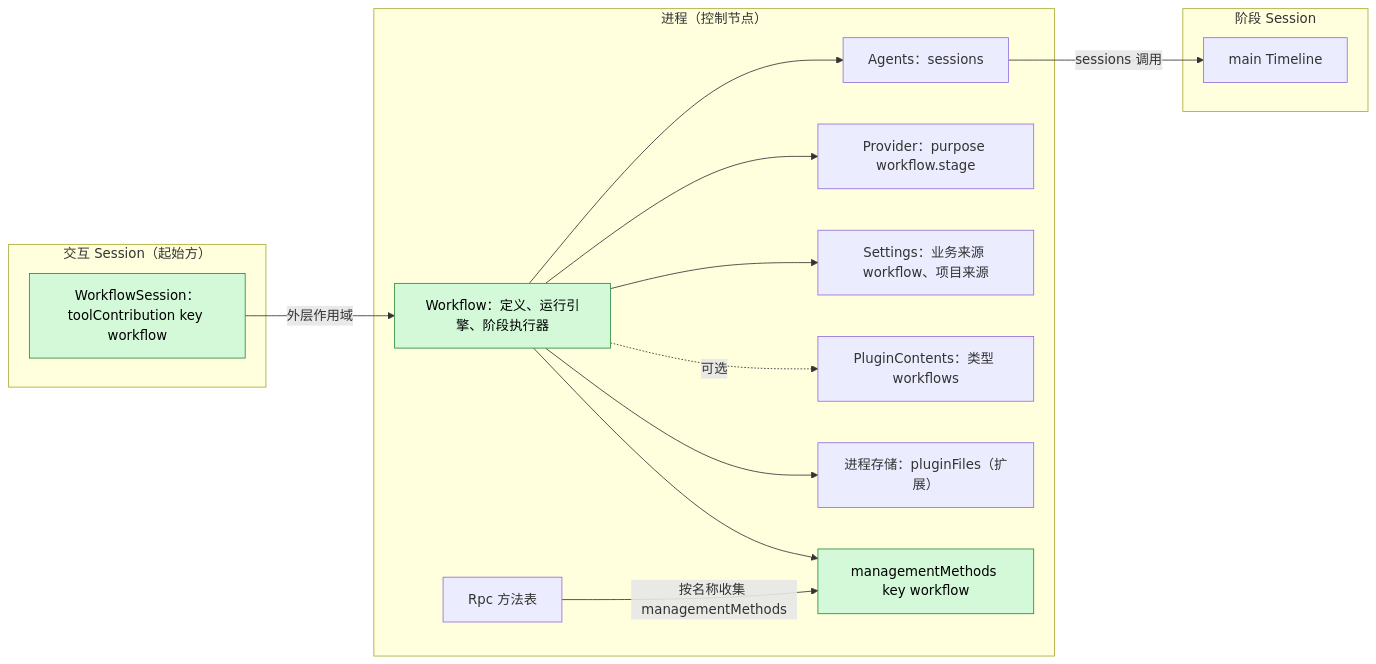
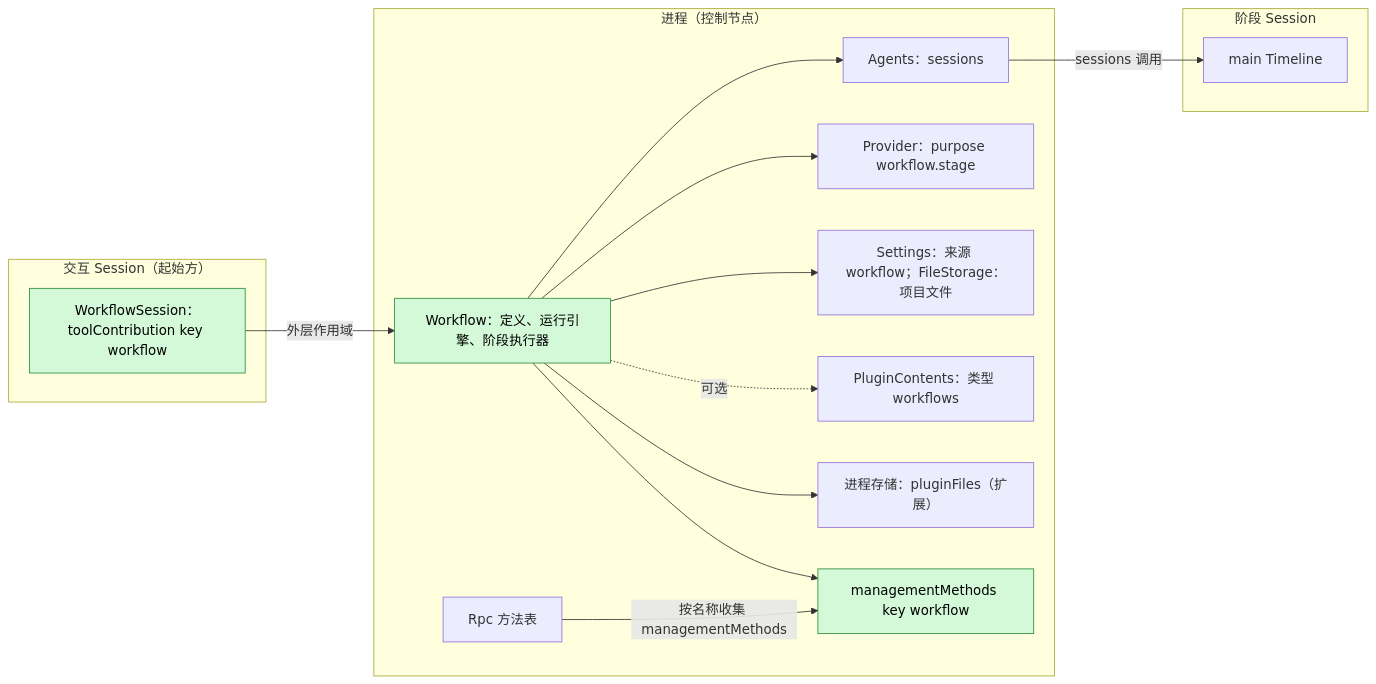
One commit to CoutinhoTTS/dim-agent changed the first of 6 diagrams in docs/zh/design/plugins/Workflow.md. Above: the diagram before and after it, drawn with Mermaid. The commit also changed other lines of this file and 27 other files, not shown here.

````diff
--- a/docs/zh/design/plugins/Workflow.md
+++ b/docs/zh/design/plugins/Workflow.md
@@ -13,30 +13,30 @@
 ```mermaid
 flowchart LR
   subgraph PROC["进程（控制节点）"]
     WF["Workflow：定义、运行引擎、阶段执行器"]
     MM["managementMethods key workflow"]
     Agents["Agents：sessions"]
     Prov["Provider：purpose workflow.stage"]
-    Set["Settings：业务来源 workflow、项目来源"]
+    Set["Settings：来源 workflow；FileStorage：项目文件"]
     PC["PluginContents：类型 workflows"]
     Store["进程存储：pluginFiles（扩展）"]
     Rpc["Rpc 方法表"]
   end
   subgraph SESS["交互 Session（起始方）"]
     Tool["WorkflowSession：toolContribution key workflow"]
   end
   subgraph STG["阶段 Session"]
     TL["main Timeline"]
   end
   Tool -->|"外层作用域"| WF
   WF --> Agents
   WF --> Prov
   WF --> Set
   WF -.->|"可选"| PC
   WF --> Store
   WF --> MM
   Rpc -->|"按名称收集 managementMethods"| MM
   Agents -->|"sessions 调用"| TL
   classDef new fill:#d3f9d8,stroke:#2b8a3e,color:#000
   class WF,MM,Tool new
 ```
````
